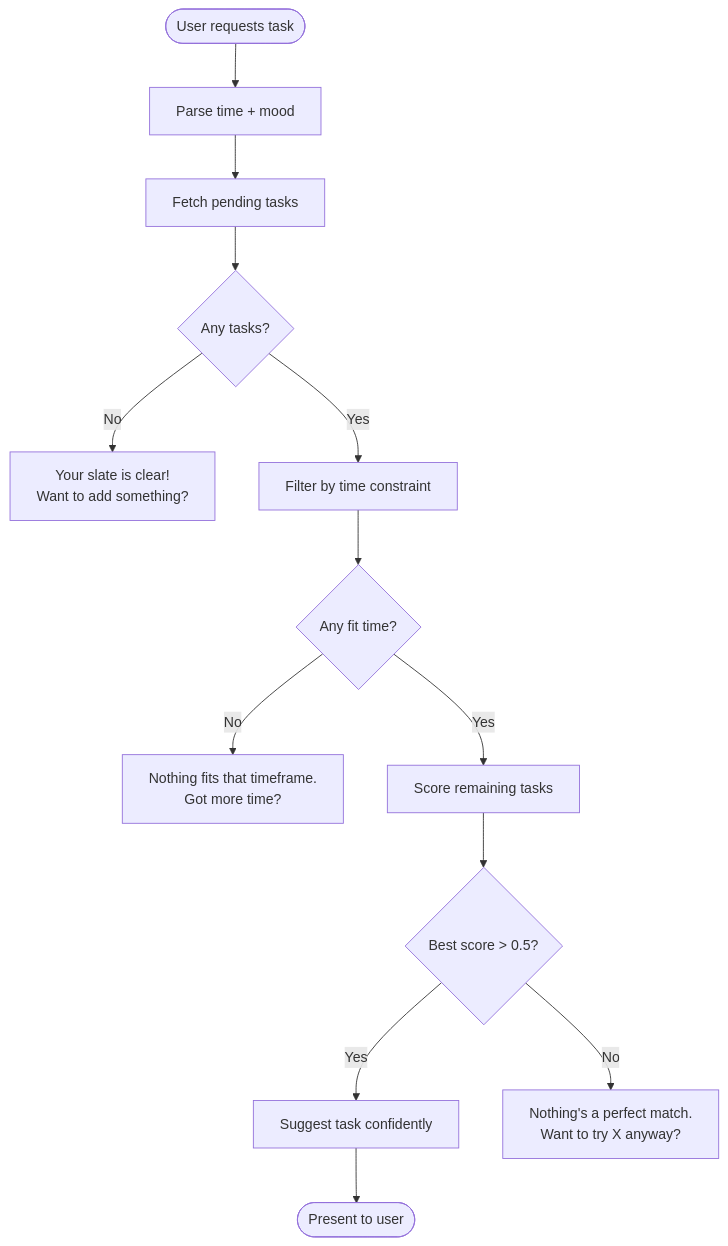
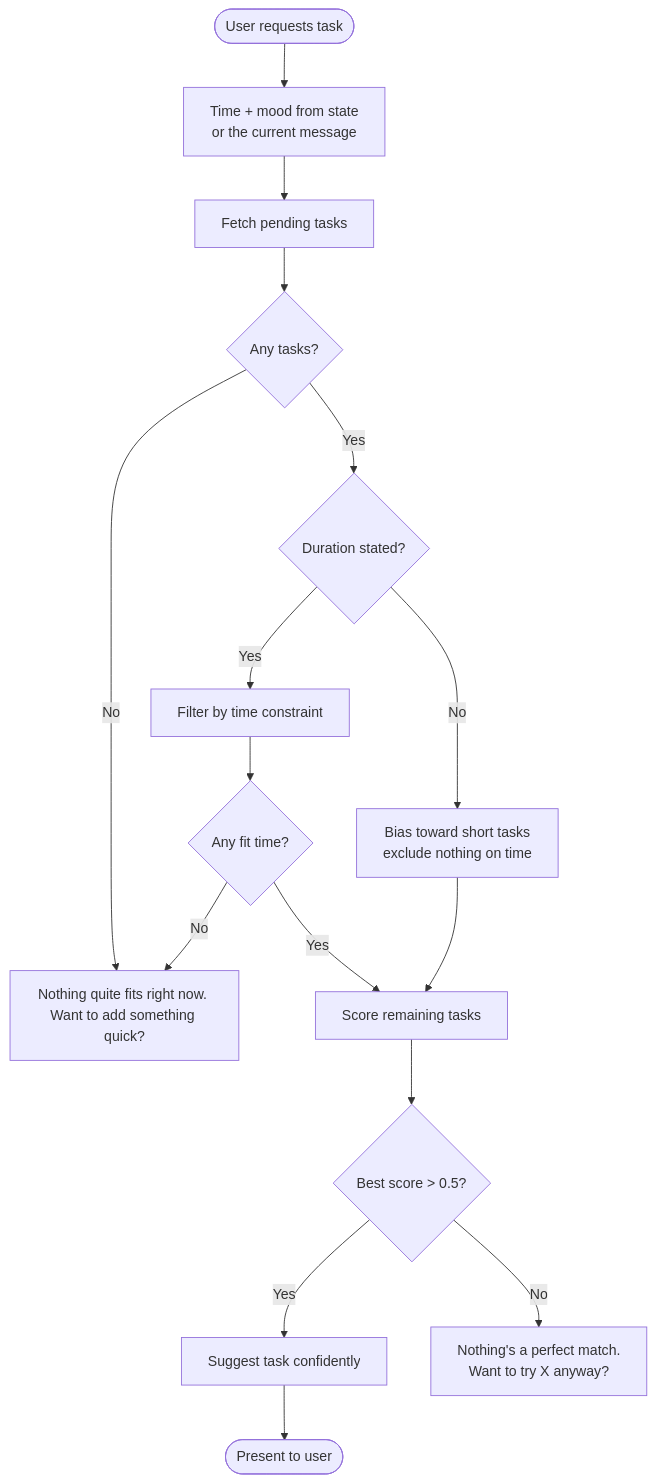
One commit to NickBorgersProbably/hide-my-list changed the sixth of 28 diagrams in docs/user-interactions.md. Above: the diagram before and after it, drawn with Mermaid. The commit also changed other lines of this file and 16 other files, not shown here.

First line of the commit message:
Selection reads the user's message; unknown-id and blank-title guard (#680)

````diff
--- a/docs/user-interactions.md
+++ b/docs/user-interactions.md
@@ -179,19 +176,22 @@
 ```mermaid
 flowchart TD
-    Request([User requests task]) --> ParseContext[Parse time + mood]
+    Request([User requests task]) --> ParseContext[Time + mood from state<br/>or the current message]
     ParseContext --> FetchTasks[Fetch pending tasks]
     FetchTasks --> HasTasks{Any tasks?}
 
-    HasTasks -->|No| NoTasks["Your slate is clear!<br/>Want to add something?"]
-    HasTasks -->|Yes| FilterTime[Filter by time constraint]
+    HasTasks -->|No| NoMatch["Nothing quite fits right now. Want to add something quick?"]
+    HasTasks -->|Yes| KnownTime{Duration stated?}
+    KnownTime -->|Yes| FilterTime[Filter by time constraint]
+    KnownTime -->|No| ShortBias[Bias toward short tasks<br/>exclude nothing on time]
+    ShortBias --> ScoreTasks
 
     FilterTime --> HasMatches{Any fit time?}
-    HasMatches -->|No| NoFit["Nothing fits that timeframe.<br/>Got more time?"]
+    HasMatches -->|No| NoMatch
     HasMatches -->|Yes| ScoreTasks[Score remaining tasks]
 
     ScoreTasks --> BestScore{Best score > 0.5?}
     BestScore -->|Yes| Suggest[Suggest task confidently]
     BestScore -->|No| Unsure["Nothing's a perfect match.<br/>Want to try X anyway?"]
 
     Suggest --> Present([Present to user])
 ```
````
